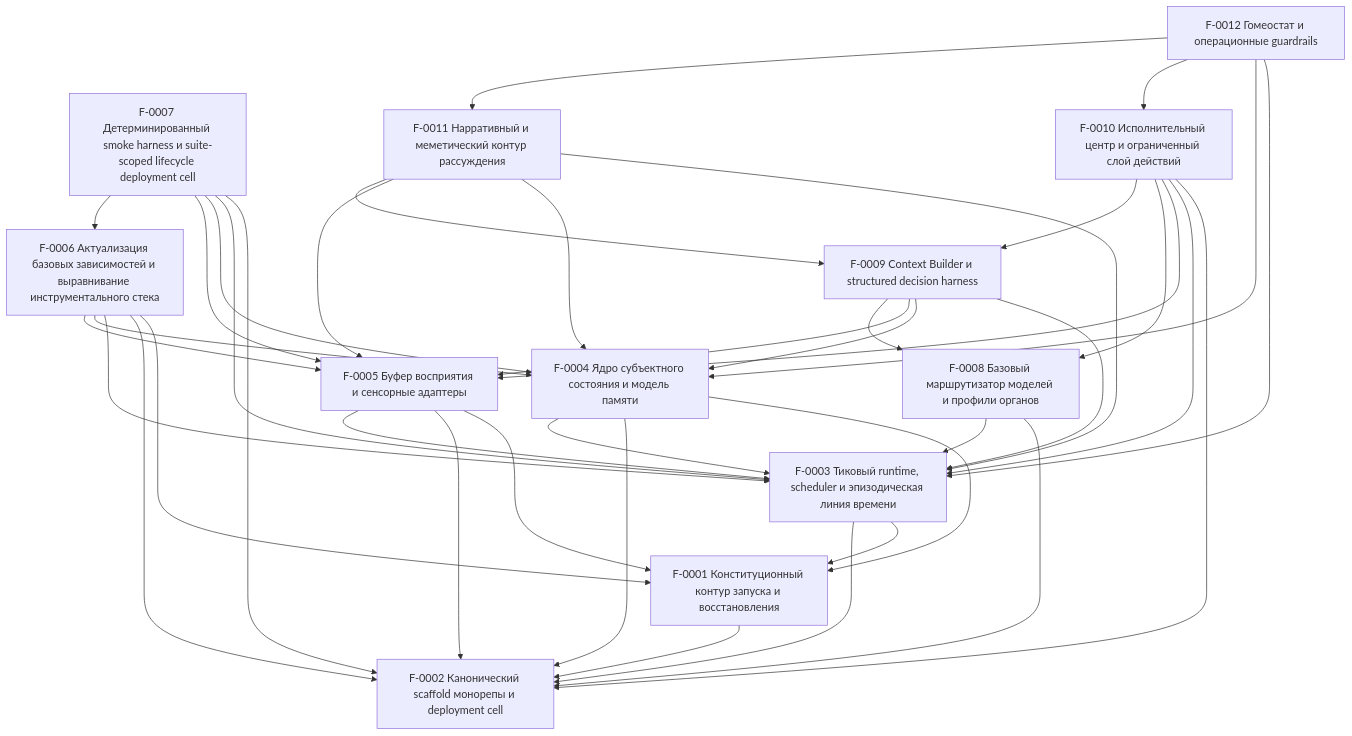
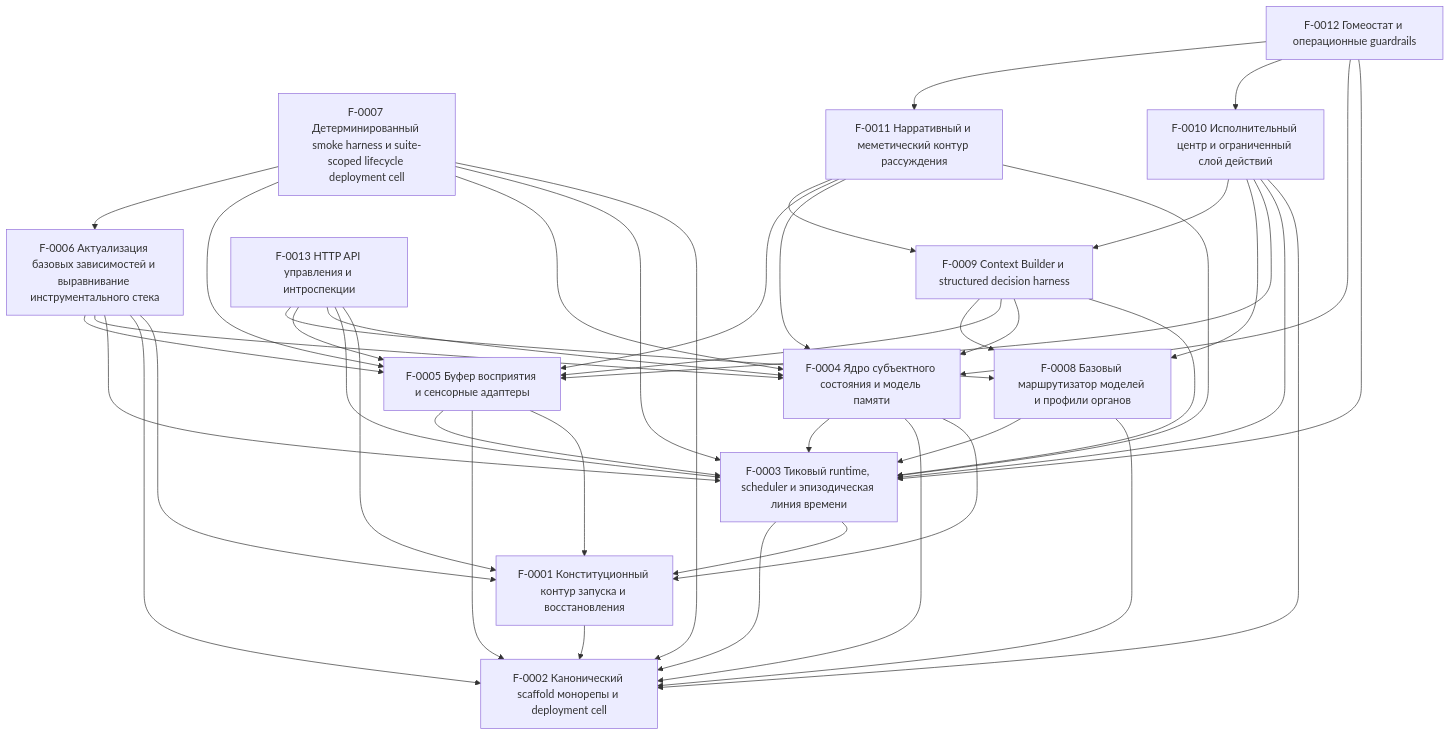
One commit to kostysh/yaagi changed the diagram in docs/ssot/index.md. Above: the diagram before and after it, drawn with Mermaid. The commit also changed other lines of this file and 3 other files, not shown here.

````diff
--- a/docs/ssot/index.md
+++ b/docs/ssot/index.md
@@ -30,53 +31,59 @@
 ```mermaid
 graph TD
   F0001["F-0001 Конституционный контур запуска и восстановления"]
   F0002["F-0002 Канонический scaffold монорепы и deployment cell"]
   F0003["F-0003 Тиковый runtime, scheduler и эпизодическая линия времени"]
   F0004["F-0004 Ядро субъектного состояния и модель памяти"]
   F0005["F-0005 Буфер восприятия и сенсорные адаптеры"]
   F0006["F-0006 Актуализация базовых зависимостей и выравнивание инструментального стека"]
   F0007["F-0007 Детерминированный smoke harness и suite-scoped lifecycle deployment cell"]
   F0008["F-0008 Базовый маршрутизатор моделей и профили органов"]
   F0009["F-0009 Context Builder и structured decision harness"]
   F0010["F-0010 Исполнительный центр и ограниченный слой действий"]
   F0011["F-0011 Нарративный и меметический контур рассуждения"]
   F0012["F-0012 Гомеостат и операционные guardrails"]
+  F0013["F-0013 HTTP API управления и интроспекции"]
   F0001 --> F0002
   F0003 --> F0001
   F0003 --> F0002
   F0004 --> F0001
   F0004 --> F0002
   F0004 --> F0003
   F0005 --> F0001
   F0005 --> F0002
   F0005 --> F0003
   F0006 --> F0001
   F0006 --> F0002
   F0006 --> F0003
   F0006 --> F0004
   F0006 --> F0005
   F0007 --> F0002
   F0007 --> F0003
   F0007 --> F0004
   F0007 --> F0005
   F0007 --> F0006
   F0008 --> F0002
   F0008 --> F0003
   F0009 --> F0003
   F0009 --> F0004
   F0009 --> F0005
   F0009 --> F0008
   F0010 --> F0002
   F0010 --> F0003
   F0010 --> F0005
   F0010 --> F0008
   F0010 --> F0009
   F0011 --> F0003
   F0011 --> F0004
   F0011 --> F0005
   F0011 --> F0009
   F0012 --> F0003
   F0012 --> F0004
   F0012 --> F0010
   F0012 --> F0011
+  F0013 --> F0001
+  F0013 --> F0003
+  F0013 --> F0004
+  F0013 --> F0005
+  F0013 --> F0008
 ```
````
